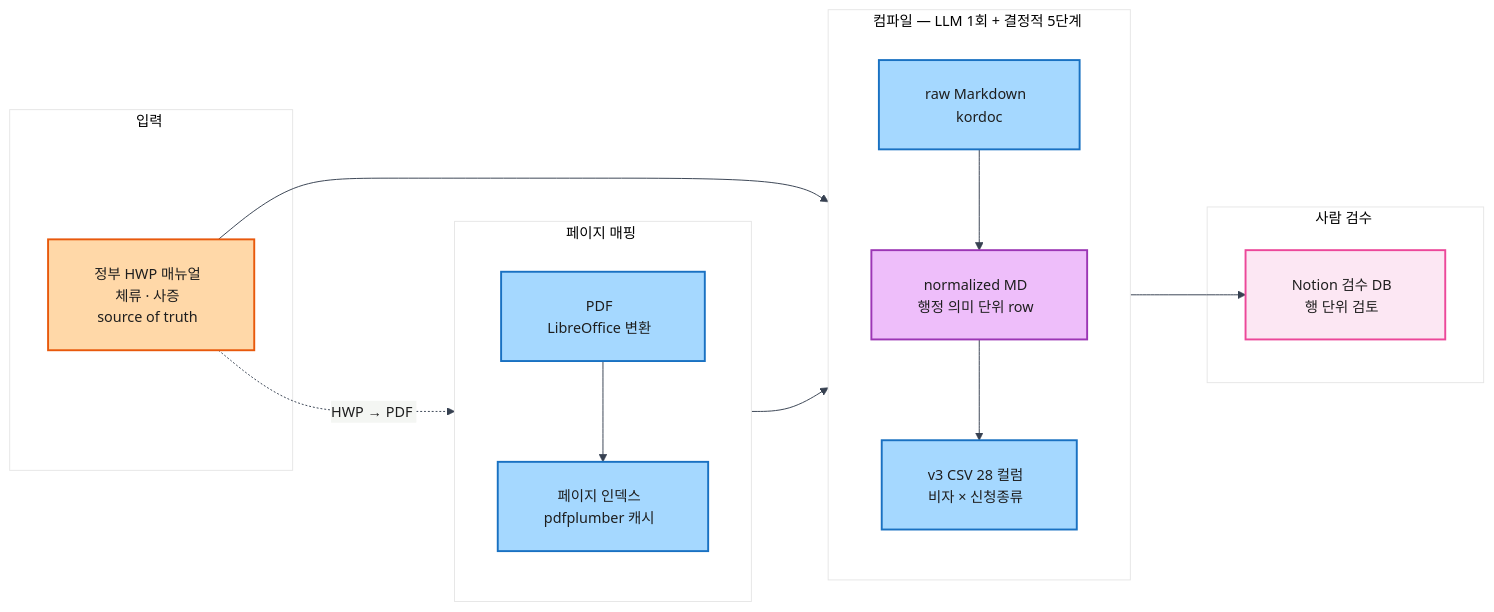
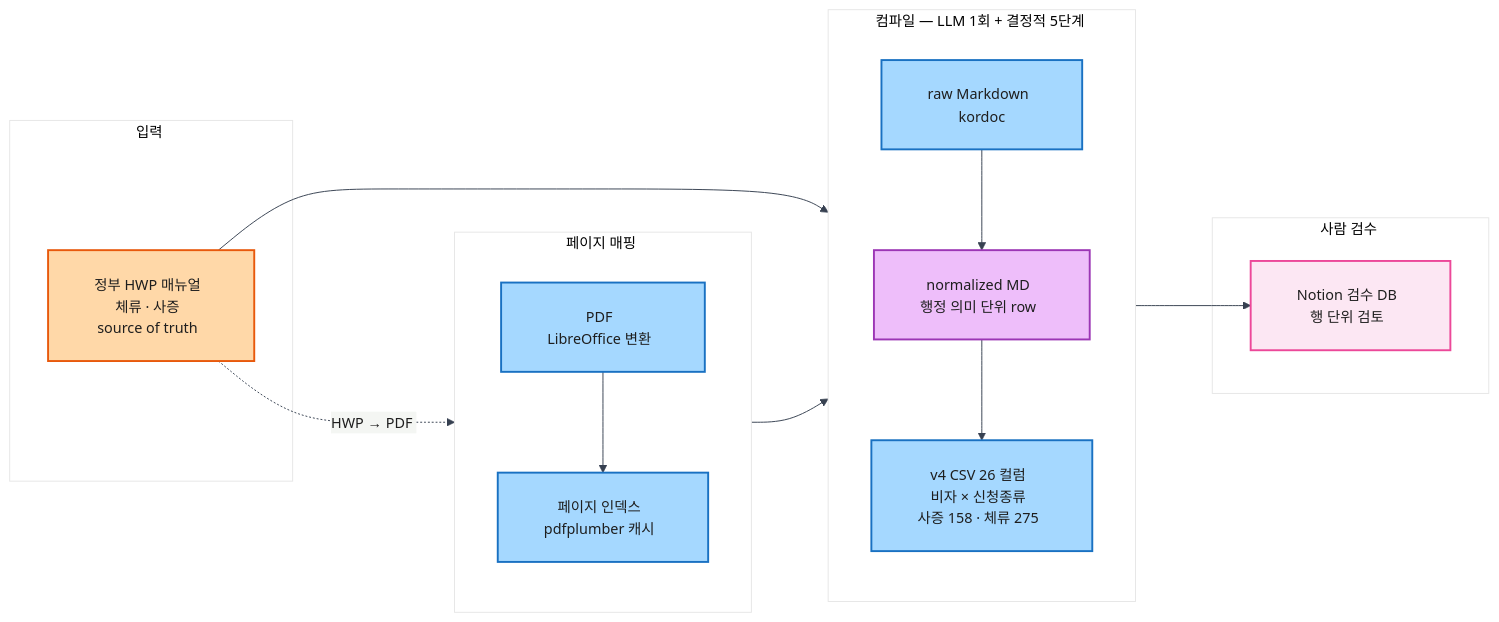
Before and after one commit to jhkim0602/-Vizabridge-IT-AI-: the diagram in docs/diagrams/architecture_overview.mmd, drawn with Mermaid. The commit also changed 64 other files, not shown here.

```diff
--- a/docs/diagrams/architecture_overview.mmd
+++ b/docs/diagrams/architecture_overview.mmd
@@ -1,35 +1,35 @@
 %%{init: {'theme': 'base', 'themeVariables': {'fontFamily': 'Helvetica, sans-serif', 'fontSize': '15px', 'primaryColor': '#f3f4f6', 'primaryTextColor': '#1e1e1e', 'primaryBorderColor': '#374151', 'lineColor': '#374151'}, 'flowchart': {'curve': 'basis', 'padding': 24, 'nodeSpacing': 70, 'rankSpacing': 80}}}%%
 flowchart LR
     classDef source fill:#ffd8a8,stroke:#e8590c,stroke-width:2px,color:#1e1e1e
     classDef llm fill:#eebefa,stroke:#9c36b5,stroke-width:2px,color:#1e1e1e
     classDef det fill:#a5d8ff,stroke:#1971c2,stroke-width:2px,color:#1e1e1e
     classDef out fill:#b2f2bb,stroke:#2f9e44,stroke-width:2px,color:#1e1e1e
     classDef rev fill:#fce7f3,stroke:#ec4899,stroke-width:2px,color:#1e1e1e
 
     subgraph S1["입력&nbsp;"]
         HWP["정부 HWP 매뉴얼&nbsp;&nbsp;<br/>체류 · 사증&nbsp;&nbsp;<br/>source of truth&nbsp;&nbsp;"]:::source
     end
 
     subgraph S2["컴파일 — LLM 1회 + 결정적 5단계&nbsp;"]
         direction TB
         MD["raw Markdown&nbsp;&nbsp;<br/>kordoc"]:::det
         NORM["normalized MD&nbsp;&nbsp;<br/>행정 의미 단위 row&nbsp;&nbsp;"]:::llm
-        CSV["v3 CSV 28 컬럼&nbsp;&nbsp;<br/>비자 × 신청종류&nbsp;&nbsp;"]:::det
+        CSV["v4 CSV 26 컬럼&nbsp;&nbsp;<br/>비자 × 신청종류&nbsp;&nbsp;<br/>사증 158 · 체류 275&nbsp;&nbsp;"]:::det
         MD --> NORM --> CSV
     end
 
     subgraph S3["페이지 매핑&nbsp;"]
         direction TB
         PDF["PDF&nbsp;&nbsp;<br/>LibreOffice 변환&nbsp;&nbsp;"]:::det
         PAGES["페이지 인덱스&nbsp;&nbsp;<br/>pdfplumber 캐시&nbsp;&nbsp;"]:::det
         PDF --> PAGES
     end
 
     subgraph S4["사람 검수&nbsp;"]
         REV["Notion 검수 DB&nbsp;&nbsp;<br/>행 단위 검토&nbsp;&nbsp;"]:::rev
     end
 
     HWP --> MD
     HWP -.->|"HWP &rarr; PDF&nbsp;"| PDF
     PAGES --> CSV
     CSV --> REV
```
